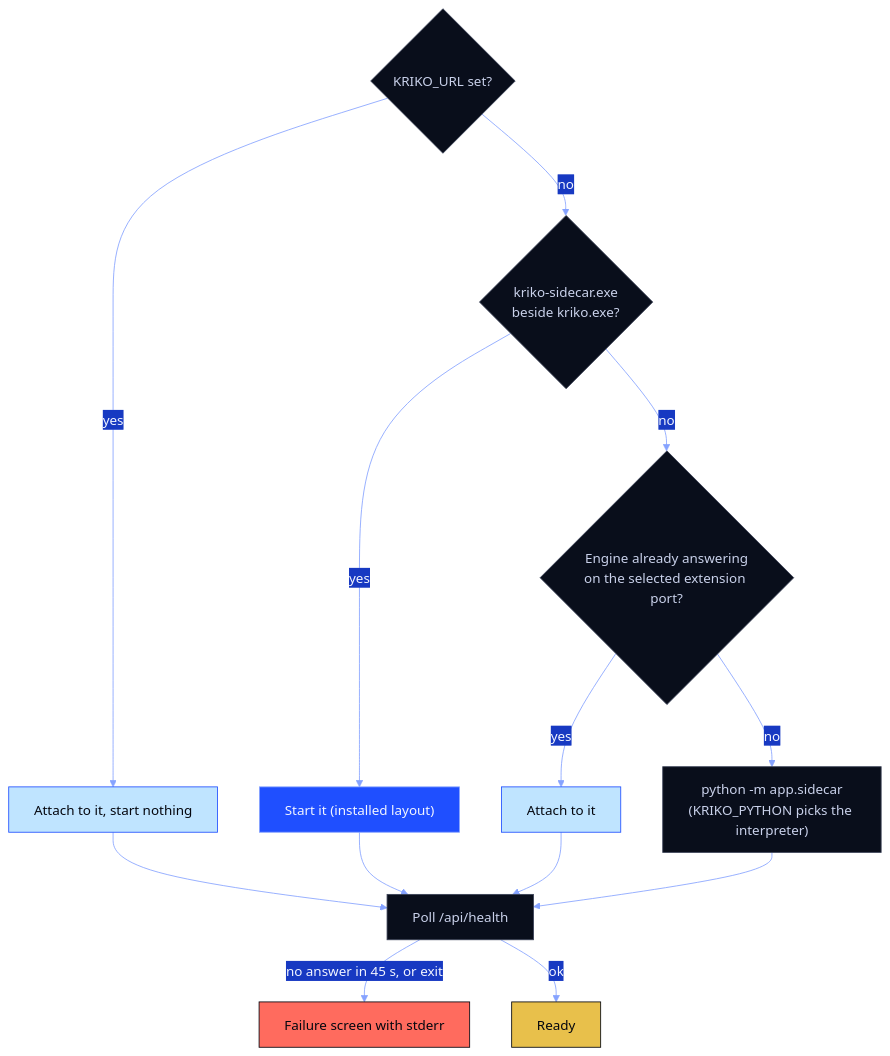
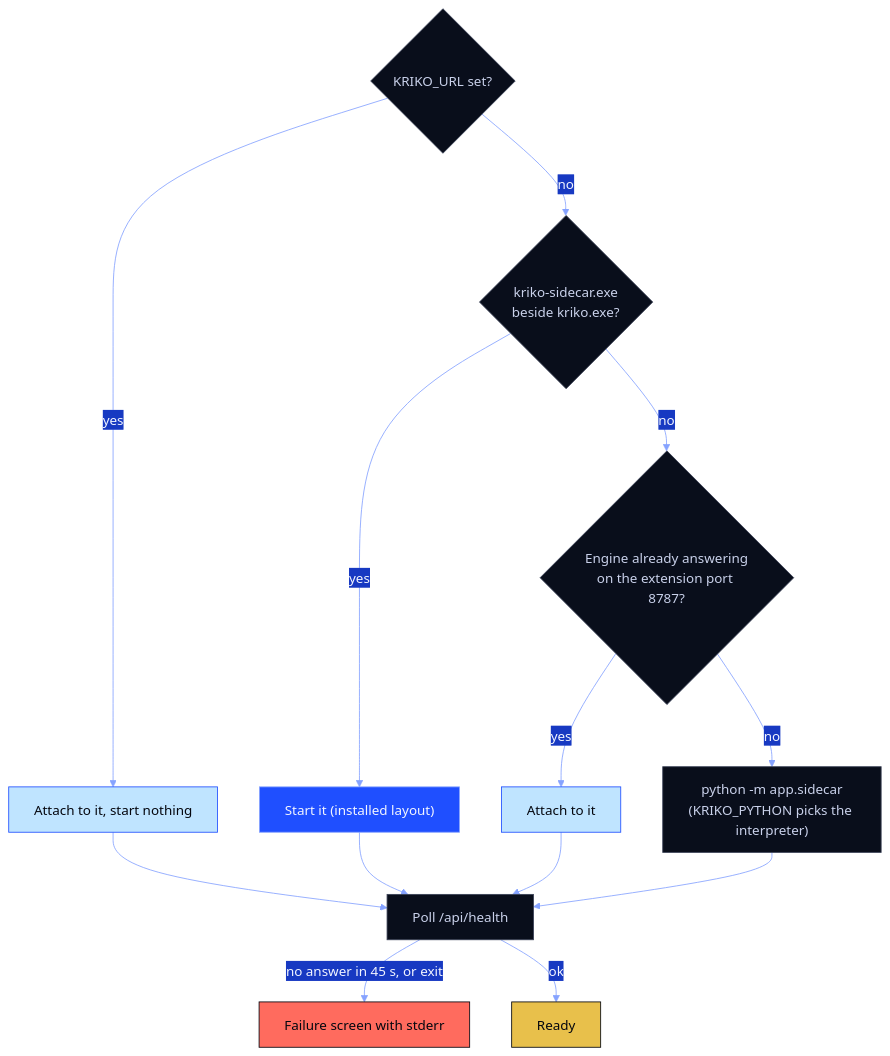
Before and after one commit to Berbadov/kriko: the second of 3 diagrams in kriko-gpui/README.md, drawn with Mermaid. The commit also changed other lines of this file and 434 other files, not shown here.

````diff
--- a/kriko-gpui/README.md
+++ b/kriko-gpui/README.md
@@ -65,22 +65,22 @@
 ```mermaid
 %%{init: {"theme":"base","themeVariables":{"fontFamily":"ui-monospace, SFMono-Regular, Consolas, monospace","primaryColor":"#090E1B","primaryTextColor":"#F2F5FF","primaryBorderColor":"#1F4FFF","lineColor":"#86A3FF","secondaryColor":"#1739C2","tertiaryColor":"#080B16","noteBkgColor":"#BFE4FF","noteTextColor":"#05070F","actorBkg":"#090E1B","actorTextColor":"#F2F5FF","actorBorder":"#1F4FFF","signalColor":"#86A3FF","signalTextColor":"#86A3FF"}}}%%
 flowchart TD
     A{"KRIKO_URL set?"}:::plain -->|yes| B["Attach to it, start nothing"]:::ice
     A -->|no| C{"kriko-sidecar.exe<br/>beside kriko.exe?"}:::plain
     C -->|yes| D["Start it (installed layout)"]:::brand
-    C -->|no| E{"Engine already answering<br/>on the selected extension port?"}:::plain
+    C -->|no| E{"Engine already answering<br/>on the extension port 8787?"}:::plain
     E -->|yes| F["Attach to it"]:::ice
     E -->|no| G["python -m app.sidecar<br/>(KRIKO_PYTHON picks the interpreter)"]:::plain
     D --> H["Poll /api/health"]:::plain
     G --> H
     B --> H
     F --> H
     H -->|"no answer in 45 s, or exit"| X["Failure screen with stderr"]:::danger
     H -->|ok| R["Ready"]:::mark
 
     classDef brand  fill:#1F4FFF,stroke:#86A3FF,color:#F2F5FF
     classDef plain  fill:#090E1B,stroke:#3A4156,color:#C9D1EA
     classDef ice    fill:#BFE4FF,stroke:#1F4FFF,color:#05070F
     classDef danger fill:#FF6B5E,stroke:#05070F,color:#05070F
     classDef mark   fill:#E8C04B,stroke:#05070F,color:#05070F
 ```
````
